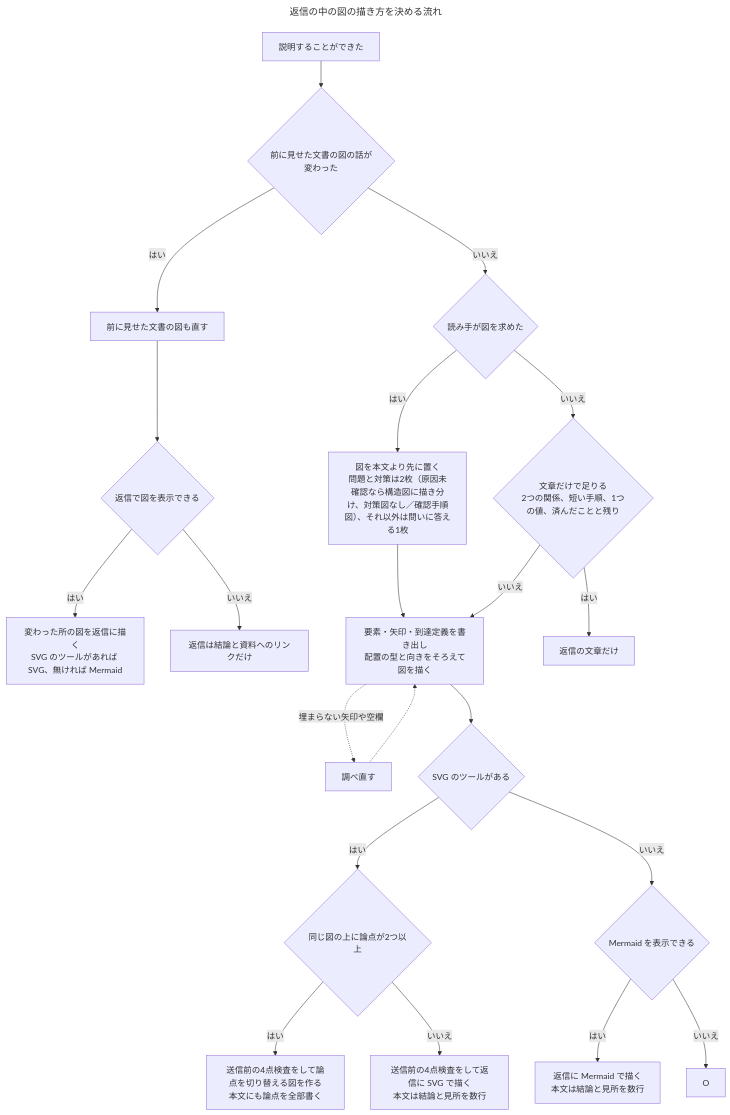
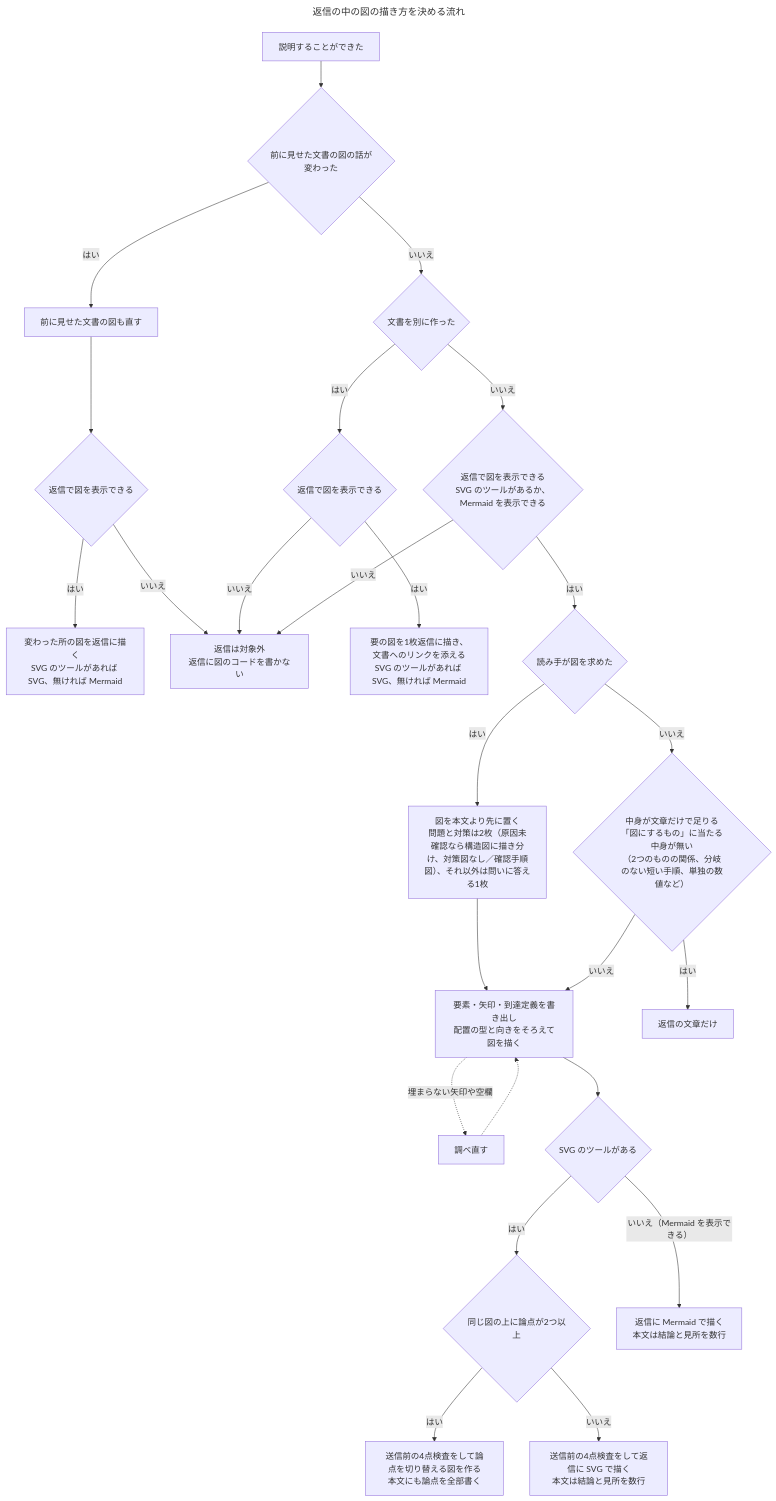
Before and after one commit to u-ichi/agent-plugins: the diagram in plugins/figure-docs/skills/figure-docs/SKILL.md, drawn with Mermaid. The commit also changed other lines of this file, not shown here.

Commit message:
figure-docs: main との衝突箇所に範囲を絞る変更を入れ直す

````diff
--- a/plugins/figure-docs/skills/figure-docs/SKILL.md
+++ b/plugins/figure-docs/skills/figure-docs/SKILL.md
@@ -65,24 +65,28 @@
 ```mermaid
 ---
 title: 返信の中の図の描き方を決める流れ
 ---
 flowchart TB
   A[説明することができた] --> H{前に見せた文書の図の話が変わった}
   H -- はい --> I[前に見せた文書の図も直す]
   I --> J{返信で図を表示できる}
   J -- はい --> K["変わった所の図を返信に描く<br>SVG のツールがあれば SVG、無ければ Mermaid"]
-  J -- いいえ --> L[返信は結論と資料へのリンクだけ]
-  H -- いいえ --> Q{読み手が図を求めた}
+  J -- いいえ --> O["返信は対象外<br>返信に図のコードを書かない"]
+  H -- いいえ --> L{文書を別に作った}
+  L -- はい --> L1{返信で図を表示できる}
+  L1 -- はい --> L2["要の図を1枚返信に描き、文書へのリンクを添える<br>SVG のツールがあれば SVG、無ければ Mermaid"]
+  L1 -- いいえ --> O
+  L -- いいえ --> V{"返信で図を表示できる<br>SVG のツールがあるか、Mermaid を表示できる"}
+  V -- いいえ --> O
+  V -- はい --> Q{読み手が図を求めた}
   Q -- はい --> C1["図を本文より先に置く<br>問題と対策は2枚（原因未確認なら構造図に描き分け、対策図なし／確認手順図）、それ以外は問いに答える1枚"] --> C
-  Q -- いいえ --> B{"文章だけで足りる<br>2つの関係、短い手順、1つの値、済んだことと残り"}
+  Q -- いいえ --> B{"中身が文章だけで足りる<br>「図にするもの」に当たる中身が無い<br>（2つのものの関係、分岐のない短い手順、単独の数値など）"}
   B -- はい --> T[返信の文章だけ]
   B -- いいえ --> C["要素・矢印・到達定義を書き出し<br>配置の型と向きをそろえて図を描く"]
   C -. 埋まらない矢印や空欄 .-> R[調べ直す] -.-> C
   C --> D1{SVG のツールがある}
   D1 -- はい --> P{同じ図の上に論点が2つ以上}
   P -- はい --> P2["送信前の4点検査をして論点を切り替える図を作る<br>本文にも論点を全部書く"]
   P -- いいえ --> D2["送信前の4点検査をして返信に SVG で描く<br>本文は結論と見所を数行"]
-  D1 -- いいえ --> D3{Mermaid を表示できる}
-  D3 -- はい --> D4["返信に Mermaid で描く<br>本文は結論と見所を数行"]
-  D3 -- いいえ --> O
+  D1 -- "いいえ（Mermaid を表示できる）" --> D4["返信に Mermaid で描く<br>本文は結論と見所を数行"]
 ```
````
